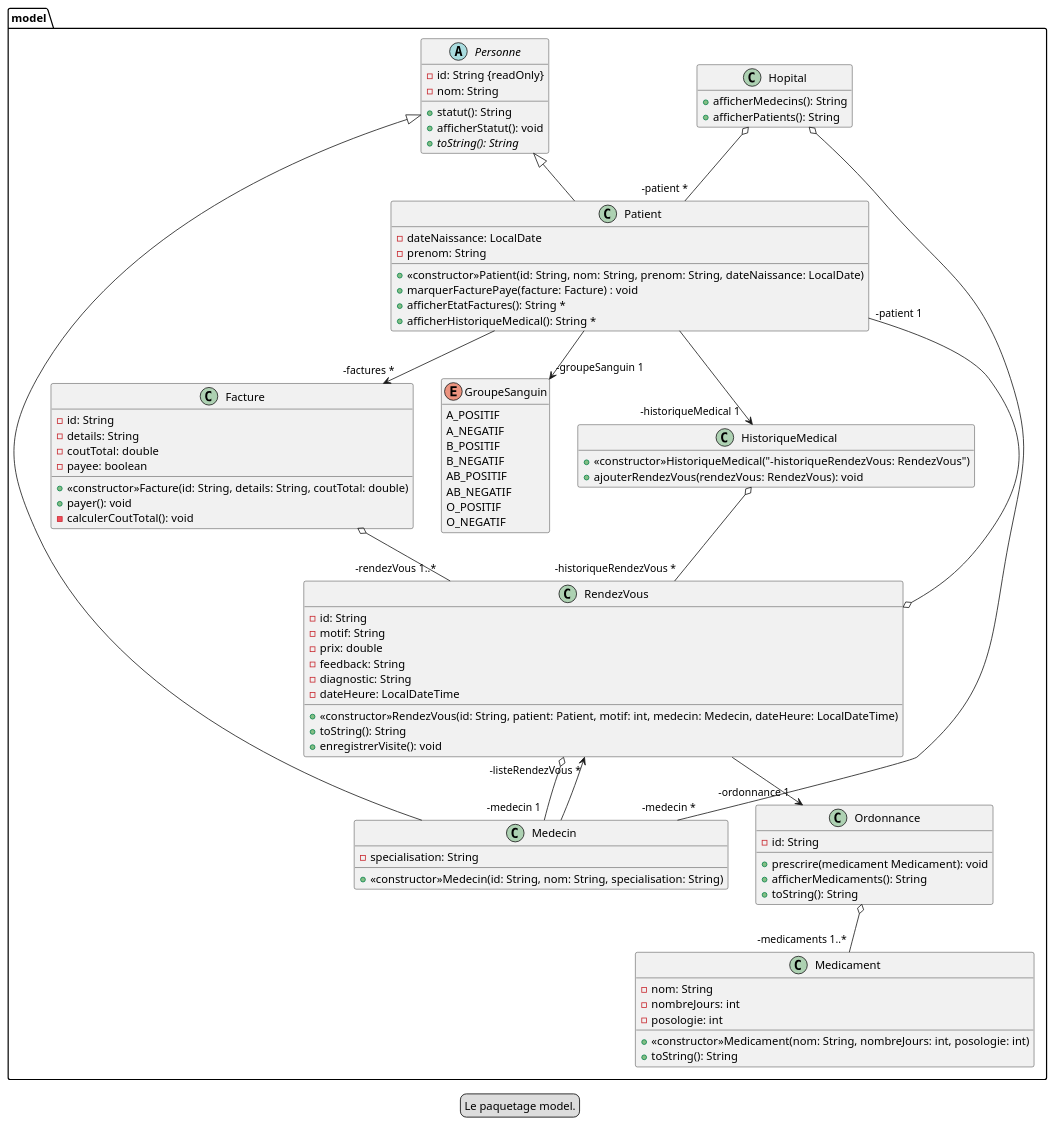
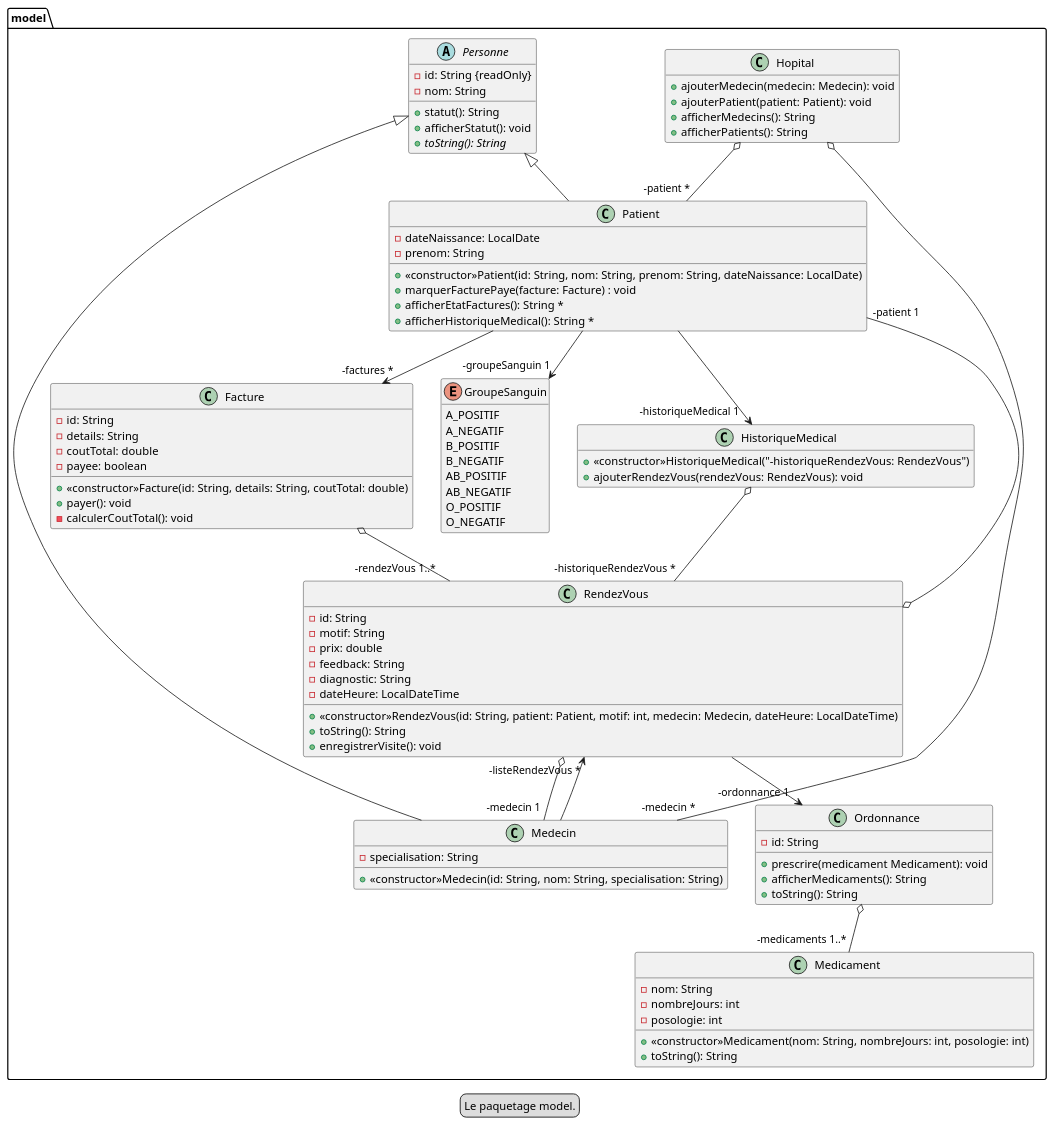
One commit to carlkolodziejski/hopital changed the diagram in plantuml/diagrammeModele.puml. Above: the diagram before and after it, drawn with PlantUML. The commit also changed 1 other file, not shown here.

Commit message:
Ajout de méthode pour ajouter patients et médecins

```diff
--- a/plantuml/diagrammeModele.puml
+++ b/plantuml/diagrammeModele.puml
@@ -1,117 +1,120 @@
 @startuml
 
 legend Le paquetage model.
 
 hide empty members
 
 package model {
 
     abstract class Personne {
         -id: String {readOnly}
         -nom: String
 
         +statut(): String
         +afficherStatut(): void
         +{abstract}toString(): String
     }
 
     class Patient extends Personne {
         -dateNaissance: LocalDate
         -prenom: String
 
         +<<constructor>>Patient(id: String, nom: String, prenom: String, dateNaissance: LocalDate)
         +marquerFacturePaye(facture: Facture) : void
         +afficherEtatFactures(): String *
         +afficherHistoriqueMedical(): String *
     }
 
 
     class Medecin extends Personne {
         -specialisation: String
 
         +<<constructor>>Medecin(id: String, nom: String, specialisation: String)
     }
 
     class RendezVous {
         -id: String
         -motif: String
         -prix: double
         -feedback: String
         -diagnostic: String
         -dateHeure: LocalDateTime
 
         +<<constructor>>RendezVous(id: String, patient: Patient, motif: int, medecin: Medecin, dateHeure: LocalDateTime)
         +toString(): String
         +enregistrerVisite(): void
     }
 
     class Ordonnance {
         -id: String
 
         +prescrire(medicament Medicament): void
         +afficherMedicaments(): String
         +toString(): String
     }
 
     class Medicament {
         -nom: String
         -nombreJours: int
         -posologie: int
 
         +<<constructor>>Medicament(nom: String, nombreJours: int, posologie: int)
         +toString(): String
     }
 
     class Facture {
         -id: String
         -details: String
         -coutTotal: double
         -payee: boolean
 
         +<<constructor>>Facture(id: String, details: String, coutTotal: double)
         +payer(): void
         -calculerCoutTotal(): void
     }
 
     class Hopital {
+
+        +ajouterMedecin(medecin: Medecin): void
+        +ajouterPatient(patient: Patient): void
         +afficherMedecins(): String
         +afficherPatients(): String
     }
 
     class HistoriqueMedical {
         +<<constructor>>HistoriqueMedical("-historiqueRendezVous: RendezVous")
         +ajouterRendezVous(rendezVous: RendezVous): void
     }
 
     enum GroupeSanguin {
         A_POSITIF
         A_NEGATIF
         B_POSITIF
         B_NEGATIF
         AB_POSITIF
         AB_NEGATIF
         O_POSITIF
         O_NEGATIF
     }
 
     Patient --> "-factures *" Facture
     Patient --> "-groupeSanguin 1" GroupeSanguin
     Patient --> "-historiqueMedical 1" HistoriqueMedical
 
     Medecin --> "-listeRendezVous *" RendezVous
 
     RendezVous o-- "-medecin 1" Medecin
     RendezVous o-- "-patient 1" Patient
     RendezVous --> "-ordonnance 1" Ordonnance
 
     Ordonnance o-- "-medicaments 1..*" Medicament
 
     Hopital o-- "-medecin *" Medecin
     Hopital o-- "-patient *" Patient
 
     HistoriqueMedical o-- "-historiqueRendezVous *" RendezVous
 
     Facture o-- "-rendezVous 1..*" RendezVous
 }
 
 @enduml
```
